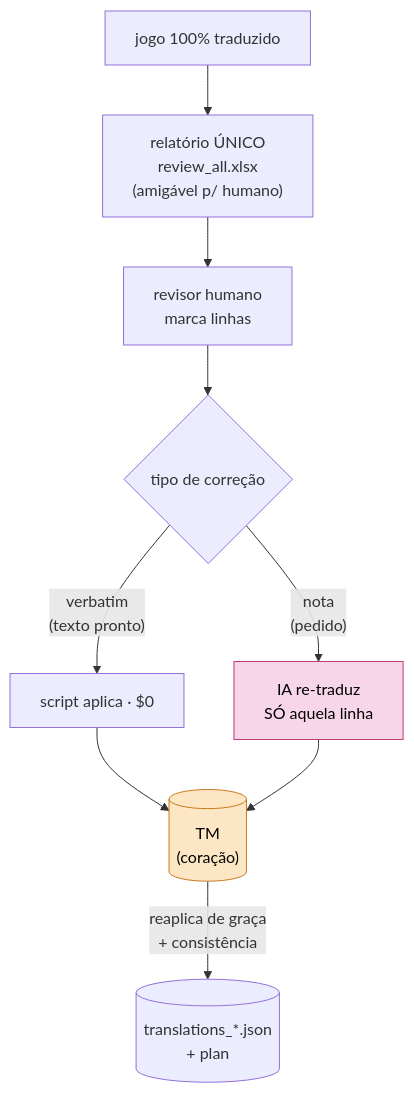
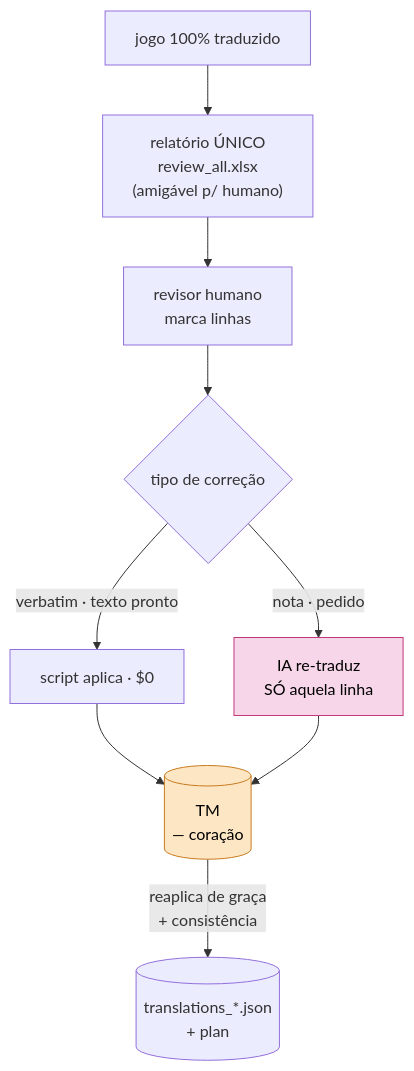
The fourth of 5 diagrams in framework/docs/GOVERNANCE.md (scudellerlemos/translation-cognition-framework), drawn with Mermaid before and after one commit. The commit also changed other lines of this file and 2 other files, not shown here.

Commit message:
fix(docs): conserta diagramas mermaid que quebravam no GitHub
O parser de mermaid do GitHub falha com parênteses dentro de nós cilíndricos
[(...)] e de rótulos de aresta, mesmo entre aspas. Troca os () por · / — nos
rótulos afetados: diagrama macro (README), round-trip (conector) e os cilindros
api_ledger/TM + rótulos de aresta do GOVERNANCE (estes pré-existiam).

````diff
--- a/framework/docs/GOVERNANCE.md
+++ b/framework/docs/GOVERNANCE.md
@@ -133,15 +133,15 @@
 ```mermaid
 flowchart TB
   done["jogo 100% traduzido"] --> rep["relatório ÚNICO<br/>review_all.xlsx<br/>(amigável p/ humano)"]
   rep --> human["revisor humano<br/>marca linhas"]
   human --> apply{"tipo de correção"}
-  apply -->|"verbatim<br/>(texto pronto)"| free["script aplica · $0"]
-  apply -->|"nota<br/>(pedido)"| ai["IA re-traduz<br/>SÓ aquela linha"]
-  free --> tm[("TM<br/>(coração)")]
+  apply -->|"verbatim · texto pronto"| free["script aplica · $0"]
+  apply -->|"nota · pedido"| ai["IA re-traduz<br/>SÓ aquela linha"]
+  free --> tm[("TM<br/>— coração")]
   ai --> tm
   tm -->|"reaplica de graça<br/>+ consistência"| canon[("translations_*.json<br/>+ plan")]
   classDef ia fill:#f6d6e8,stroke:#c0397b,color:#000;
   classDef heart fill:#fde6c4,stroke:#c97b1f,color:#000;
   class ai ia;
   class tm heart;
 ```
````
